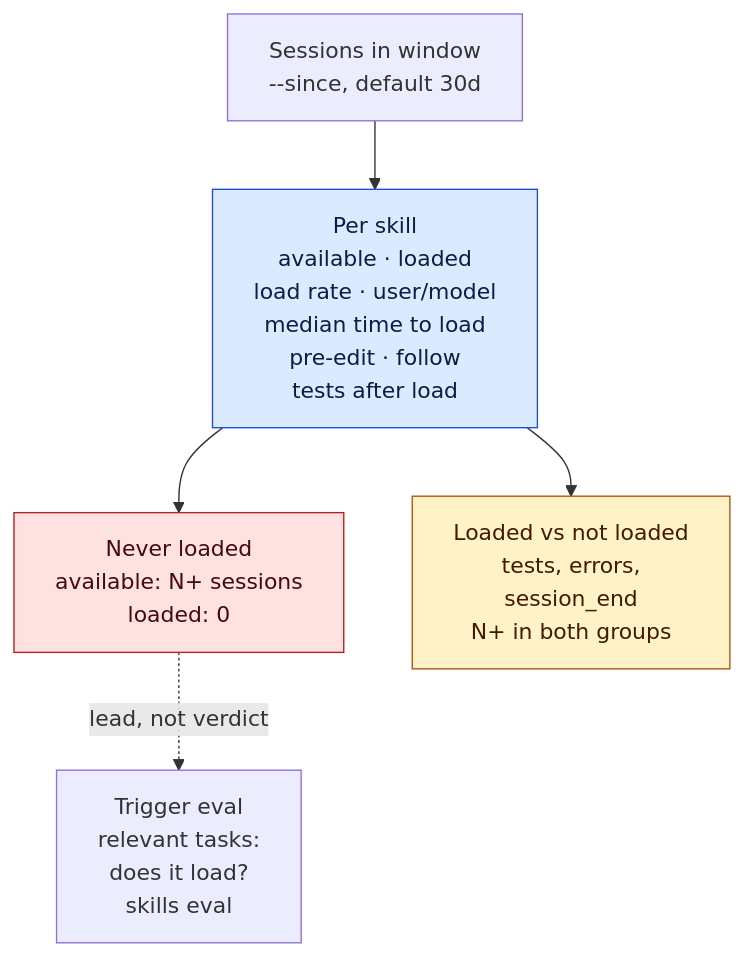
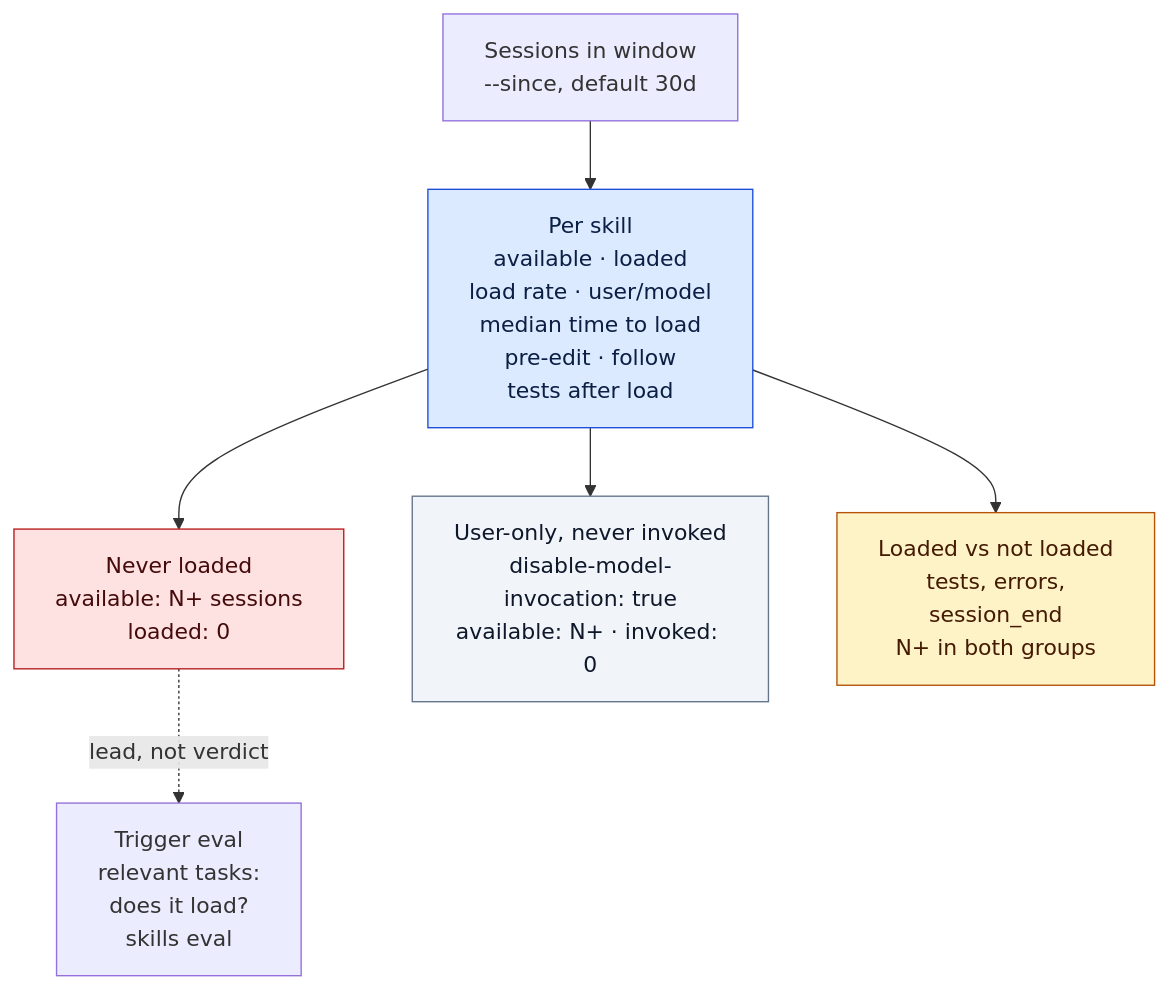
One commit to Siddhant-K-code/agent-trace changed the seventh of 7 diagrams in docs/skills.md. Above: the diagram before and after it, drawn with Mermaid. The commit also changed other lines of this file and 7 other files, not shown here.

First line of the commit message:
feat(skills): separate user-only skills from never-loaded and add alias/forwarder hints (#285)

````diff
--- a/docs/skills.md
+++ b/docs/skills.md
@@ -151,10 +217,12 @@
 ```mermaid
 flowchart TD
     W["Sessions in window<br/>--since, default 30d"] --> P["Per skill<br/>available · loaded<br/>load rate · user/model<br/>median time to load<br/>pre-edit · follow<br/>tests after load"]:::fact
     P --> N["Never loaded<br/>available: N+ sessions<br/>loaded: 0"]:::none
+    P --> UO["User-only, never invoked<br/>disable-model-invocation: true<br/>available: N+ · invoked: 0"]:::nm
     P --> C["Loaded vs not loaded<br/>tests, errors,<br/>session_end<br/>N+ in both groups"]:::signal
     N -. "lead, not verdict" .-> E["Trigger eval<br/>relevant tasks:<br/>does it load?<br/>skills eval"]
     classDef fact fill:#dbeafe,stroke:#1d4ed8,color:#0b1f44
     classDef signal fill:#fef3c7,stroke:#b45309,color:#451a03
     classDef none fill:#fee2e2,stroke:#b91c1c,color:#450a0a
+    classDef nm fill:#f1f5f9,stroke:#64748b,color:#0f172a
 ```
````
